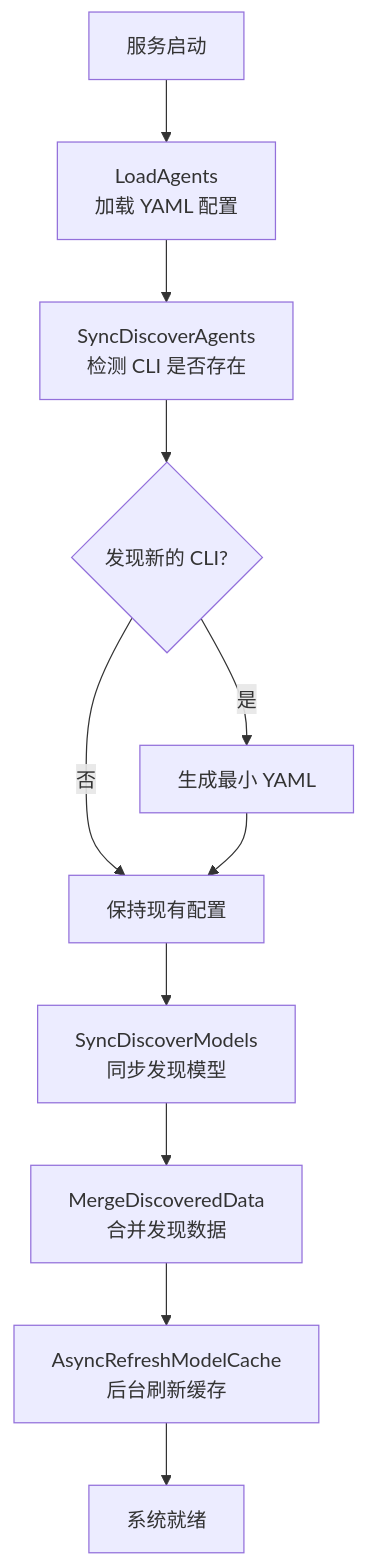
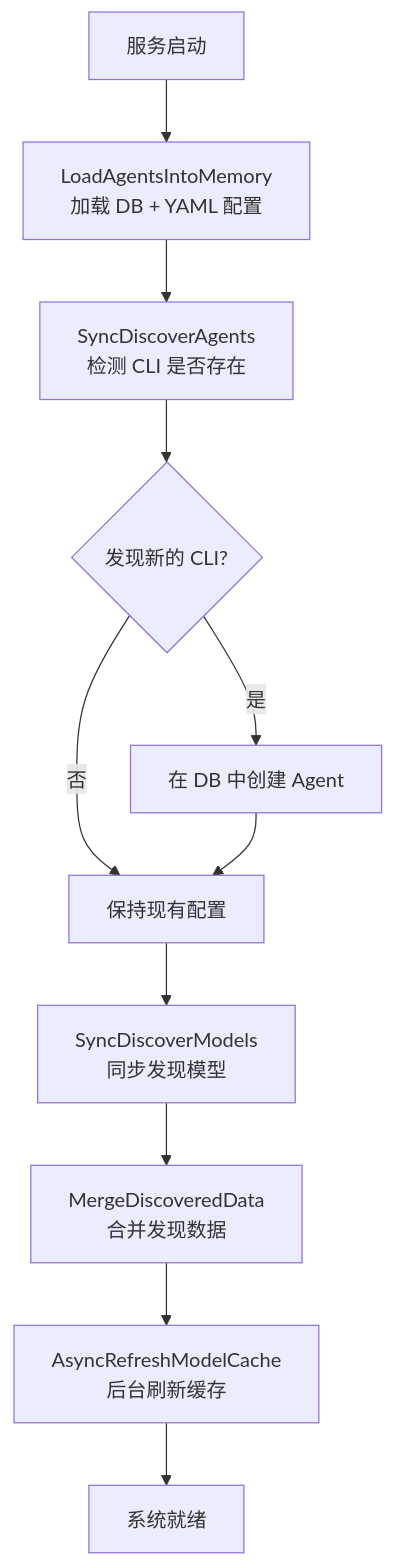
One commit to xiaoapeng/clawbench changed the first of 2 diagrams in docs/spec/infra/config-and-discovery.md. Above: the diagram before and after it, drawn with Mermaid. The commit also changed other lines of this file and 10 other files, not shown here.

````diff
--- a/docs/spec/infra/config-and-discovery.md
+++ b/docs/spec/infra/config-and-discovery.md
@@ -9,13 +9,13 @@
 ```mermaid
 flowchart TD
-    A[服务启动] --> B[LoadAgents<br/>加载 YAML 配置]
+    A[服务启动] --> B[LoadAgentsIntoMemory<br/>加载 DB + YAML 配置]
     B --> C[SyncDiscoverAgents<br/>检测 CLI 是否存在]
     C --> D{发现新的 CLI?}
-    D -->|是| E[生成最小 YAML]
+    D -->|是| E[在 DB 中创建 Agent]
     D -->|否| F[保持现有配置]
     E --> F
     F --> G[SyncDiscoverModels<br/>同步发现模型]
     G --> H[MergeDiscoveredData<br/>合并发现数据]
     H --> I[AsyncRefreshModelCache<br/>后台刷新缓存]
     I --> J[系统就绪]
 ```
````
